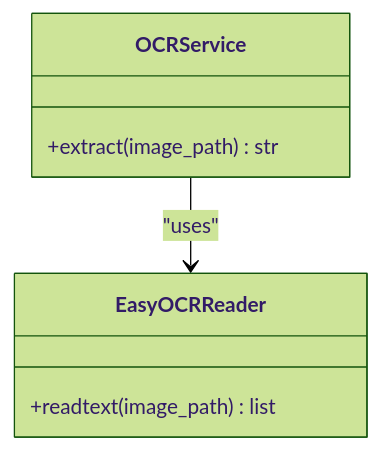
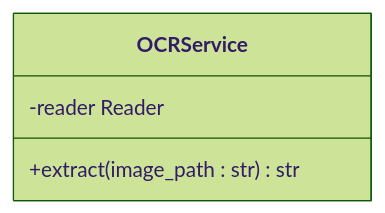
One commit to HamzaHindo/veritasshield changed the third of 8 diagrams in backend/.qoder/repowiki/en/content/Text Extraction Engine/OCR Service Implementation.md. Above: the diagram before and after it, drawn with Mermaid (forest theme). The commit also changed other lines of this file and 49 other files, not shown here.

````diff
--- a/backend/.qoder/repowiki/en/content/Text Extraction Engine/OCR Service Implementation.md
+++ b/backend/.qoder/repowiki/en/content/Text Extraction Engine/OCR Service Implementation.md
@@ -150,10 +141,7 @@
 ```mermaid
 classDiagram
 class OCRService {
-+extract(image_path) str
++extract(image_path : str) str
+-reader Reader
 }
-class EasyOCRReader {
-+readtext(image_path) list
-}
-OCRService --> EasyOCRReader : "uses"
 ```
````
